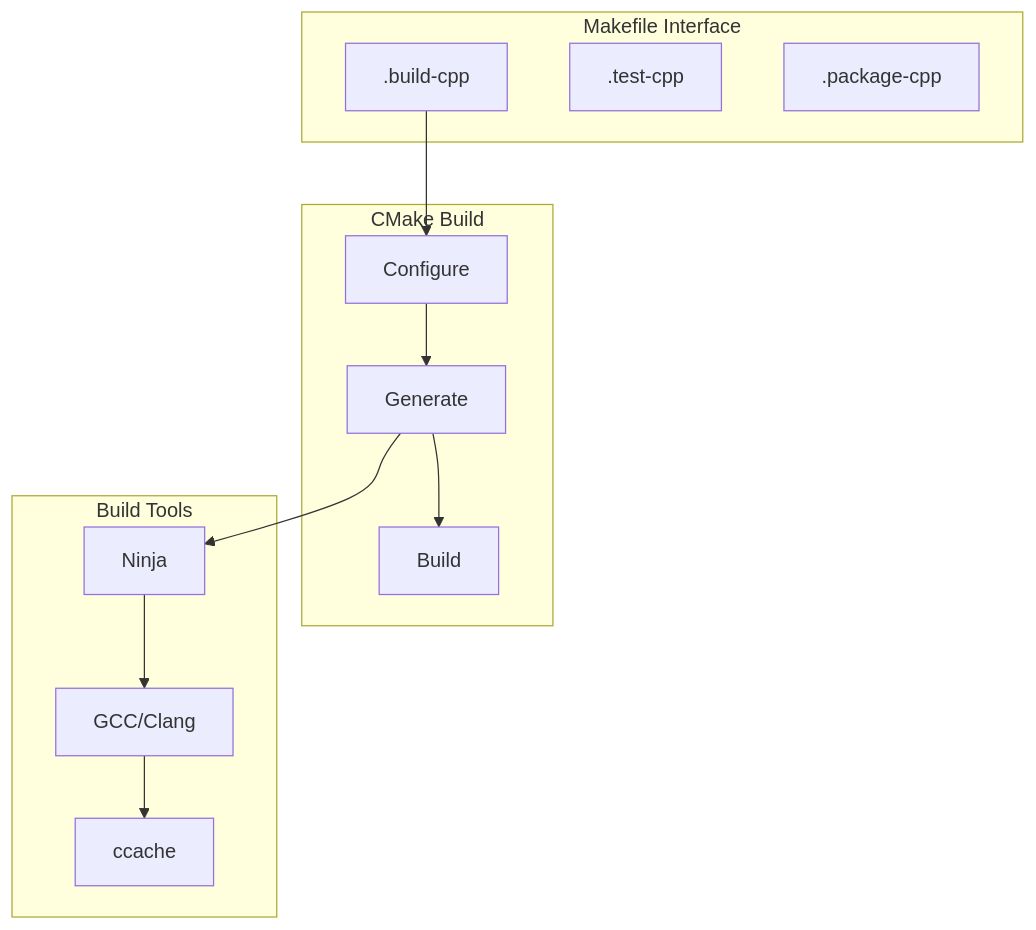
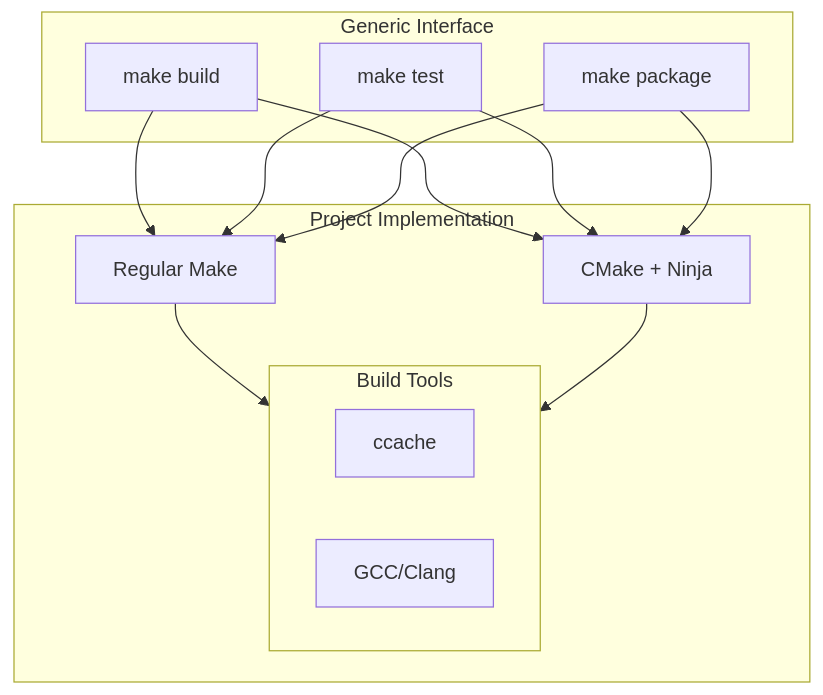
The diagram in docs/build-system/cpp-builds.md (jlheater/test-project-123456), drawn with Mermaid before and after one commit. The commit also changed other lines of this file and 11 other files, not shown here.

Commit message:
Enhance documentation for system requirements and build process, including a structured table of contents and updates to makefile usage for C++ and Python projects.

````diff
--- a/docs/build-system/cpp-builds.md
+++ b/docs/build-system/cpp-builds.md
@@ -9,28 +13,22 @@
 ```mermaid
 flowchart TD
-    subgraph Make["Makefile Interface"]
-        CPP[".build-cpp"]
-        Test[".test-cpp"]
-        Pack[".package-cpp"]
+    subgraph Interface["Generic Interface"]
+        Build[make build]
+        Test[make test]
+        Pack[make package]
     end
 
-    subgraph CMake["CMake Build"]
-        Config["Configure"]
-        Generate["Generate"]
-        Build["Build"]
+    subgraph Implementation["Project Implementation"]
+        Make["Regular Make"]
+        CMake["CMake + Ninja"]
         
-        Config --> Generate
-        Generate --> Build
+        subgraph Tools["Build Tools"]
+            CCache["ccache"]
+            Compiler["GCC/Clang"]
+        end
     end
 
-    subgraph Tools["Build Tools"]
-        Ninja["Ninja"]
-        CCache["ccache"]
-        Compiler["GCC/Clang"]
-    end
-
-    CPP --> Config
-    Generate --> Ninja
-    Ninja --> Compiler
-    Compiler --> CCache
+    Build & Test & Pack --> Make
+    Build & Test & Pack --> CMake
+    Make & CMake --> Tools
 ```
````
